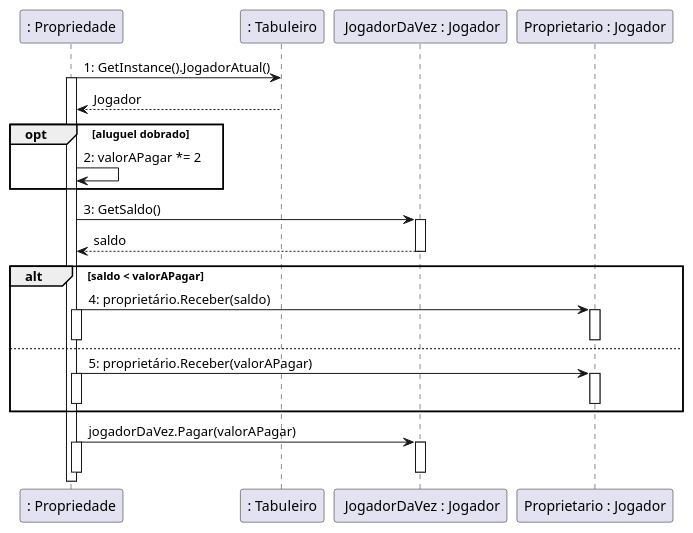
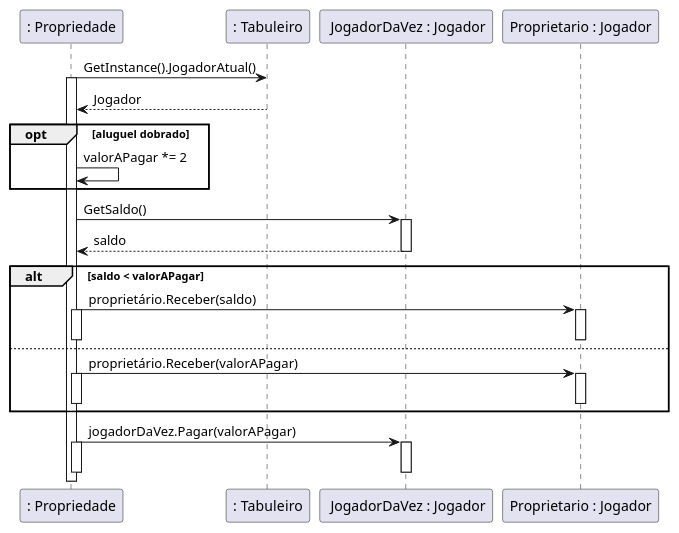
Before and after one commit to rogerpcto/ProjetoDeSoftware-UFF: the diagram in Documentação/diagrama-de-sequencia-cobrar-aluguel.plantuml, drawn with PlantUML.

Commit message:
Atualiza Cobrar Aluguel

```diff
--- a/Documentação/diagrama-de-sequencia-cobrar-aluguel.plantuml
+++ b/Documentação/diagrama-de-sequencia-cobrar-aluguel.plantuml
@@ -1,34 +1,34 @@
 @startuml
-": Propriedade" as Propriedade -> ": Tabuleiro" as Tabuleiro : 1: GetInstance().JogadorAtual()
+": Propriedade" as Propriedade -> ": Tabuleiro" as Tabuleiro : GetInstance().JogadorAtual()
 activate Propriedade
 Propriedade <-- Tabuleiro : Jogador
 
 opt aluguel dobrado
-    Propriedade -> Propriedade: 2: valorAPagar *= 2
+    Propriedade -> Propriedade: valorAPagar *= 2
 end opt
 
-Propriedade ->  " JogadorDaVez : Jogador" as Jogador1 : 3: GetSaldo()
+Propriedade ->  " JogadorDaVez : Jogador" as Jogador1 : GetSaldo()
 activate Jogador1
 Propriedade <-- Jogador1 : saldo
 deactivate Jogador1
 
 alt saldo < valorAPagar
-    Propriedade -> "Proprietario : Jogador" as Jogador2 : 4: proprietário.Receber(saldo)
+    Propriedade -> "Proprietario : Jogador" as Jogador2 : proprietário.Receber(saldo)
     activate Propriedade
     activate Jogador2
     deactivate Propriedade
     deactivate Jogador2
 else
-    Propriedade -> Jogador2 : 5: proprietário.Receber(valorAPagar)
+    Propriedade -> Jogador2 : proprietário.Receber(valorAPagar)
         activate Propriedade
     activate Jogador2
     deactivate Propriedade
     deactivate Jogador2
 end alt
 
 Propriedade -> Jogador1 : jogadorDaVez.Pagar(valorAPagar)
     activate Propriedade
     activate Jogador1
     deactivate Propriedade
     deactivate Jogador1
 @enduml
```
